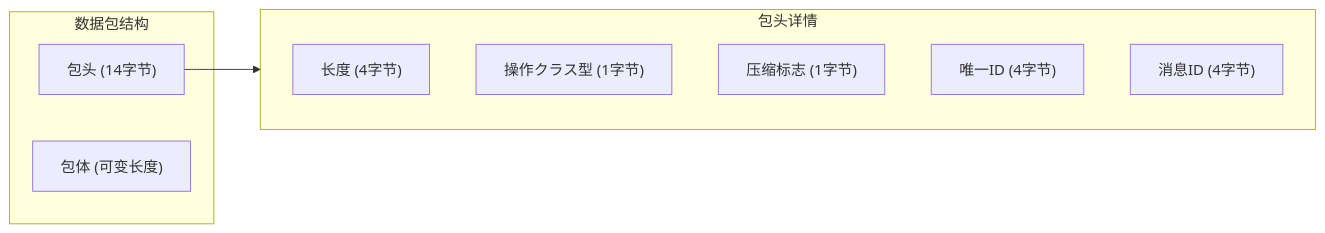
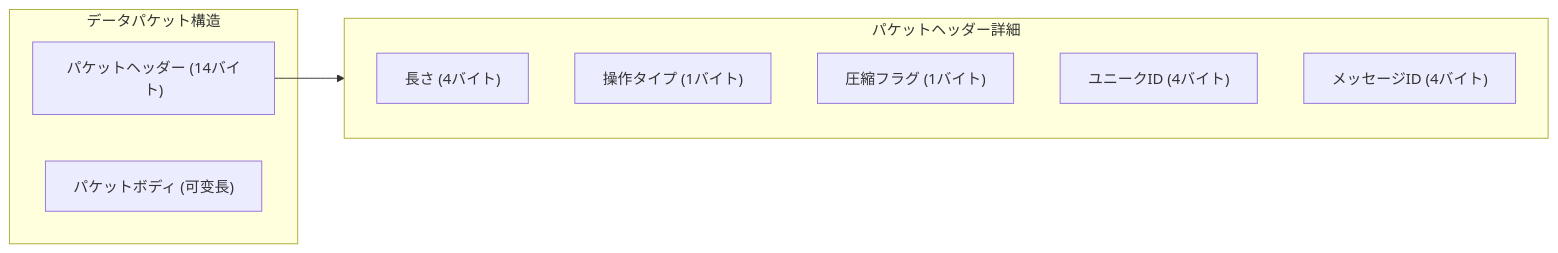
The third of 3 diagrams in docs/ja/client/unity/component/network/03.getting-started.md (AlianBlank/GameFrameX.Docs), drawn with Mermaid before and after one commit. The commit also changed other lines of this file and 320 other files, not shown here.

````diff
--- a/docs/ja/client/unity/component/network/03.getting-started.md
+++ b/docs/ja/client/unity/component/network/03.getting-started.md
@@ -525,17 +525,17 @@
 ```mermaid
 flowchart LR
-    subgraph Packet["数据包结构"]
-        Header["包头 (14字节)"]
-        Body["包体 (可变长度)"]
+    subgraph Packet["データパケット構造"]
+        Header["パケットヘッダー (14バイト)"]
+        Body["パケットボディ (可变長)"]
     end
 
-    subgraph HeaderDetails["包头详情"]
-        H1["长度 (4字节)"]
-        H2["操作クラス型 (1字节)"]
-        H3["压缩标志 (1字节)"]
-        H4["唯一ID (4字节)"]
-        H5["消息ID (4字节)"]
+    subgraph HeaderDetails["パケットヘッダー詳細"]
+        H1["長さ (4バイト)"]
+        H2["操作タイプ (1バイト)"]
+        H3["圧縮フラグ (1バイト)"]
+        H4["ユニークID (4バイト)"]
+        H5["メッセージID (4バイト)"]
     end
 
     Header --> HeaderDetails
 ```
````
